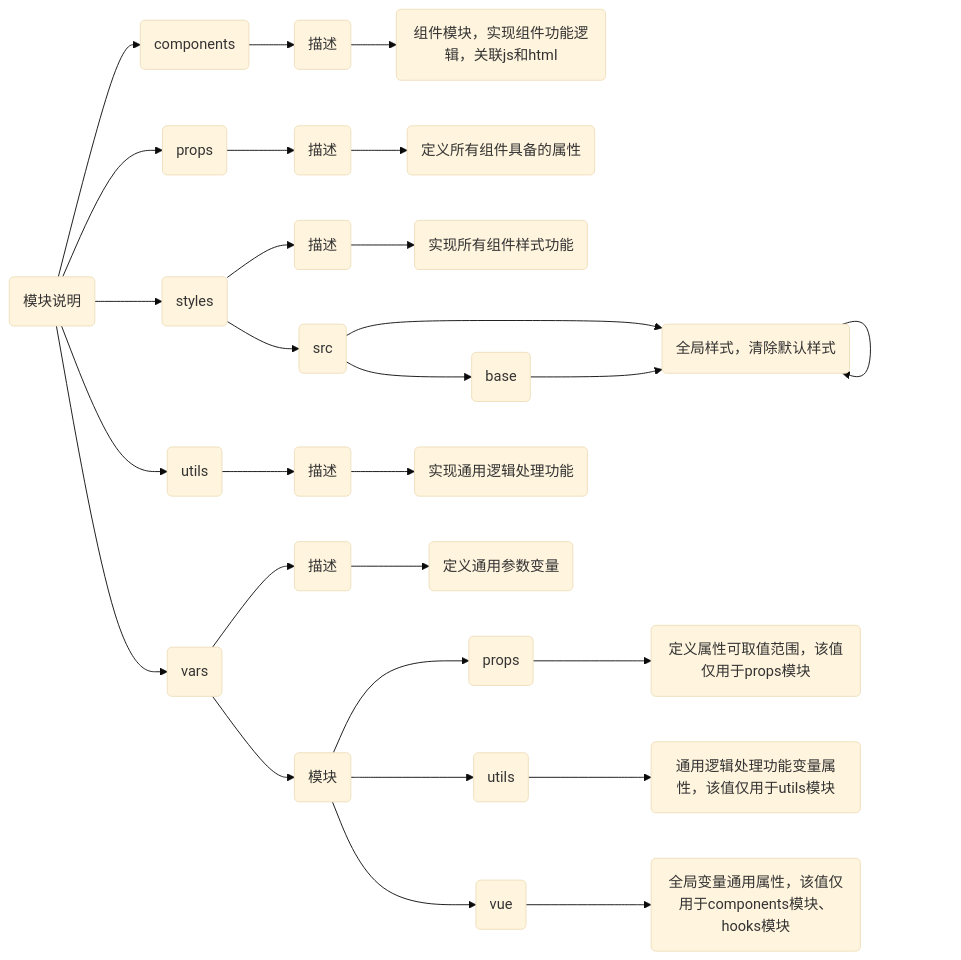
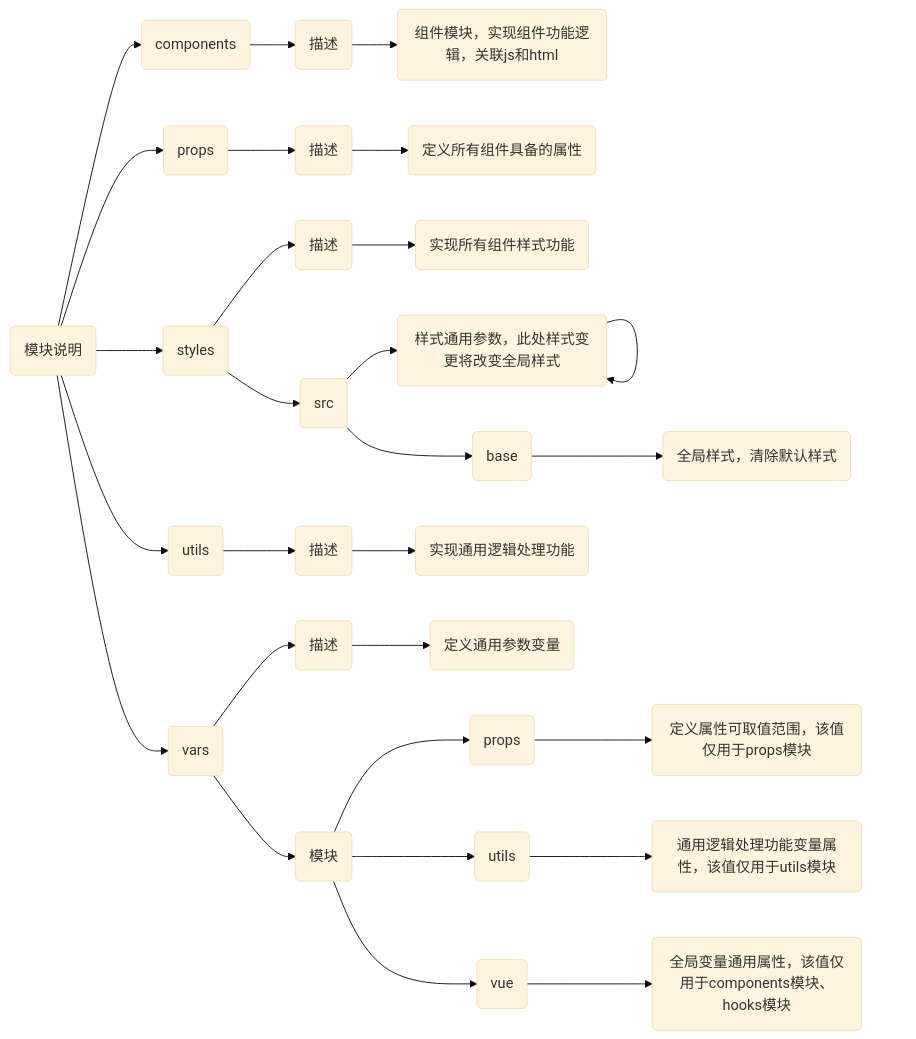
One commit to IsolatedTraveler/wdxx-ui changed the diagram in packages/README.md. Above: the diagram before and after it, drawn with Mermaid (base theme).

````diff
--- a/packages/README.md
+++ b/packages/README.md
@@ -1,17 +1,17 @@
 ```mermaid
 graph LR
 A("模块说明")-->AA("components")-->AAA("描述")-->AAAA("组件模块，实现组件功能逻辑，关联js和html")
 
 A-->AB("props")-->ABA("描述")-->ABAA("定义所有组件具备的属性")
 
 A-->AC("styles")-->ACA("描述")-->ACAA("实现所有组件样式功能")
 AC-->ACB("src")-->ACBA("vars")-->ACBA("样式通用参数，此处样式变更将改变全局样式")
-ACB-->ACBB("base")-->ACBA("全局样式，清除默认样式")
+ACB-->ACBB("base")-->ACBBA("全局样式，清除默认样式")
 
 A-->AD("utils")-->ADA("描述")-->ADAA("实现通用逻辑处理功能")
 
 A-->AE("vars")-->AEA("描述")-->AEAA("定义通用参数变量")
 AE-->AEB("模块")-->AEBA("props")-->AEBAA("定义属性可取值范围，该值仅用于props模块")
 AEB-->AEBC("utils")-->AEBCA("通用逻辑处理功能变量属性，该值仅用于utils模块")
 AEB-->AEBD("vue")-->AEBDA("全局变量通用属性，该值仅用于components模块、hooks模块")
 ```
````
